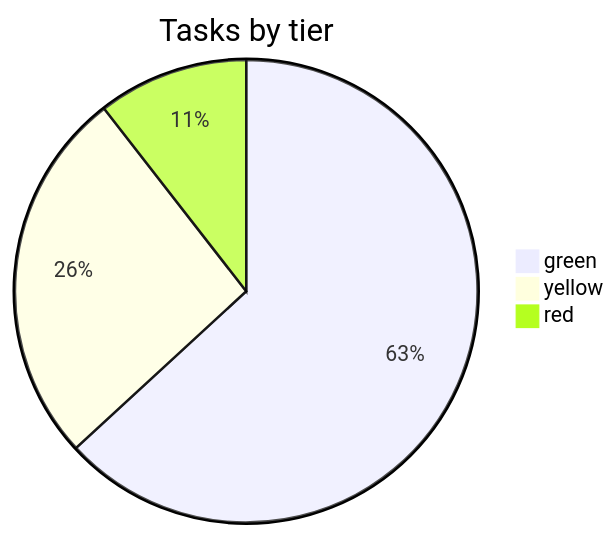
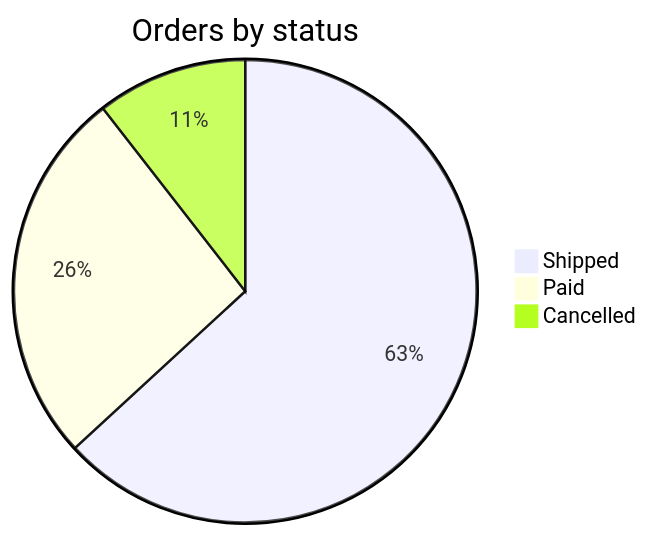
One commit to Lukdrasil/claude-factory changed the ninth of 10 diagrams in skills/block-research/references/diagrams.md. Above: the diagram before and after it, drawn with Mermaid. The commit also changed other lines of this file and 48 other files, not shown here.

````diff
--- a/skills/block-research/references/diagrams.md
+++ b/skills/block-research/references/diagrams.md
@@ -111,6 +111,6 @@
 ```mermaid
-pie title Tasks by tier
-    "green" : 12
-    "yellow" : 5
-    "red" : 2
+pie title Orders by status
+    "Shipped" : 12
+    "Paid" : 5
+    "Cancelled" : 2
 ```
````
